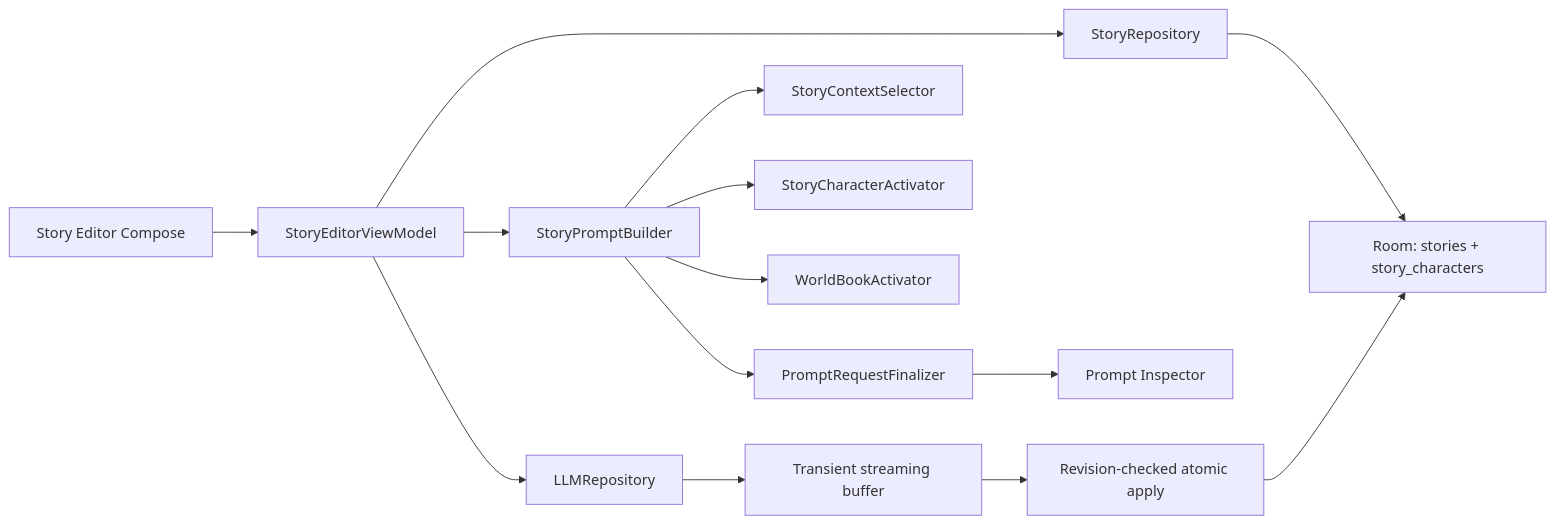
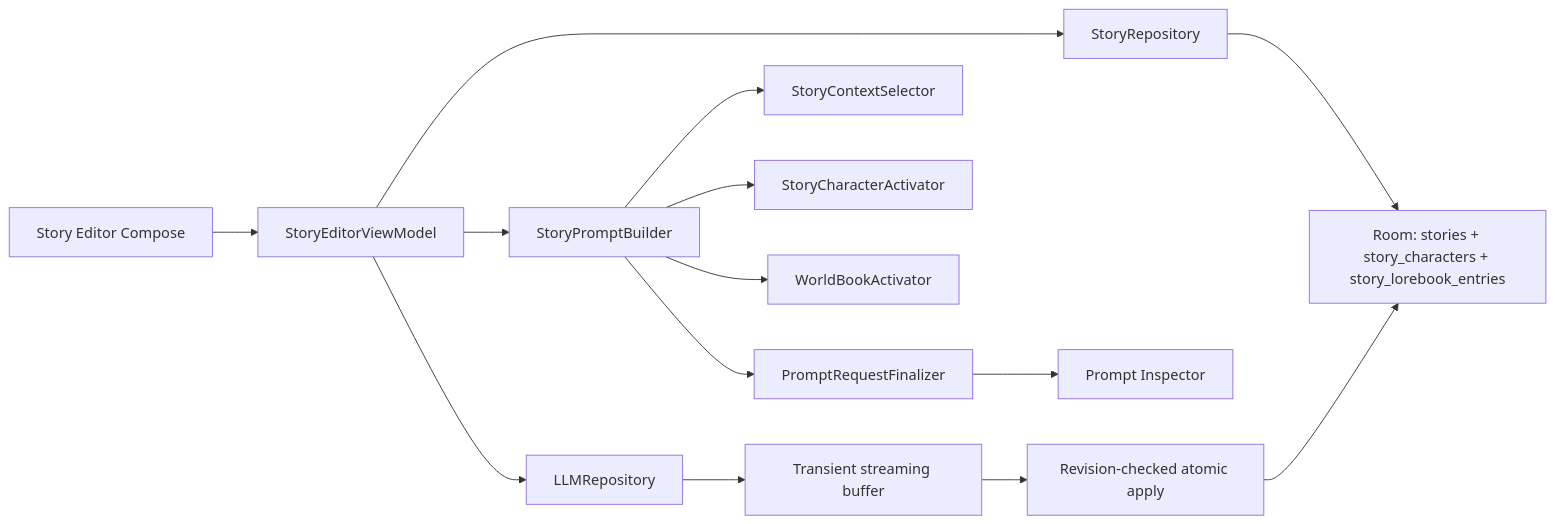
Before and after one commit to ChaoEcho/RPClient: the diagram in doc/小说编写功能完整实现方案.md, drawn with Mermaid. The commit also changed other lines of this file and 40 other files, not shown here.

````diff
--- a/doc/小说编写功能完整实现方案.md
+++ b/doc/小说编写功能完整实现方案.md
@@ -118,18 +119,18 @@
 ```mermaid
 flowchart LR
     UI["Story Editor Compose"] --> VM["StoryEditorViewModel"]
     VM --> NR["StoryRepository"]
     VM --> PB["StoryPromptBuilder"]
     VM --> LLM["LLMRepository"]
 
-    NR --> DB["Room: stories + story_characters"]
+    NR --> DB["Room: stories + story_characters + story_lorebook_entries"]
     PB --> CS["StoryContextSelector"]
     PB --> CA["StoryCharacterActivator"]
     PB --> WB["WorldBookActivator"]
     PB --> PF["PromptRequestFinalizer"]
     PF --> PI["Prompt Inspector"]
 
     LLM --> BUFFER["Transient streaming buffer"]
     BUFFER --> APPLY["Revision-checked atomic apply"]
     APPLY --> DB
 ```
````
